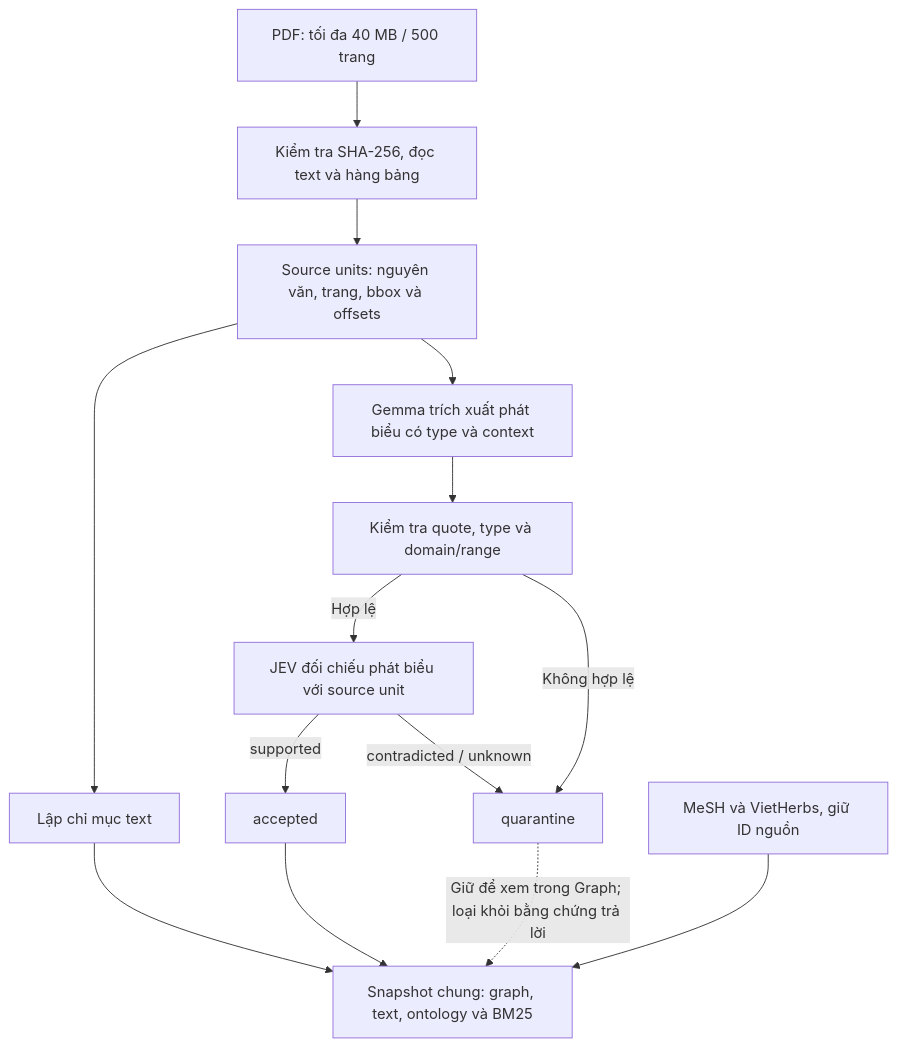
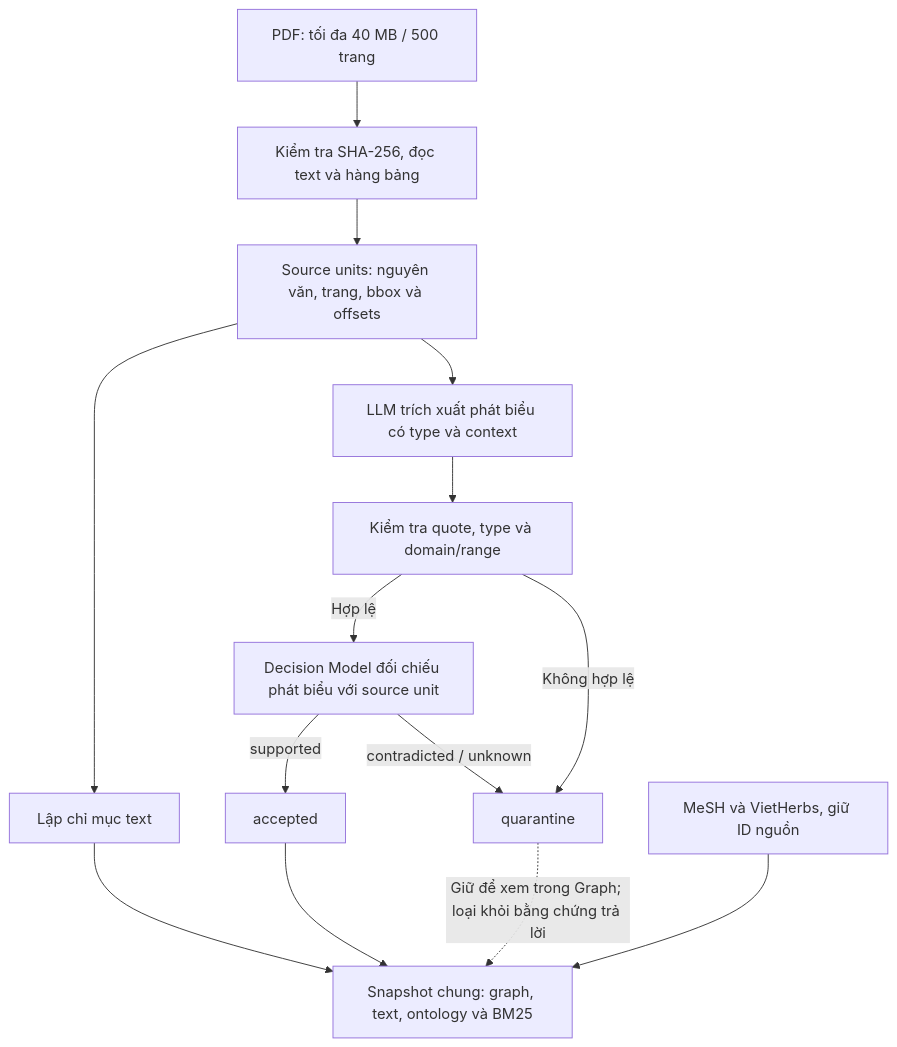
One commit to Bintaplaptrinh/Vietnamese-Traditional-Medicine-Chatbot changed the first of 2 diagrams in README.md. Above: the diagram before and after it, drawn with Mermaid. The commit also changed other lines of this file, not shown here.

````diff
--- a/README.md
+++ b/README.md
@@ -61,16 +61,16 @@
 ```mermaid
 flowchart TD
     PDF["PDF: tối đa 40 MB / 500 trang"] --> PARSE["Kiểm tra SHA-256, đọc text và hàng bảng"]
     PARSE --> UNITS["Source units: nguyên văn, trang, bbox và offsets"]
     UNITS --> TEXT["Lập chỉ mục text"]
-    UNITS --> GEMMA["Gemma trích xuất phát biểu có type và context"]
-    GEMMA --> GATE["Kiểm tra quote, type và domain/range"]
-    GATE -->|Hợp lệ| JEV["JEV đối chiếu phát biểu với source unit"]
+    UNITS --> LLM["LLM trích xuất phát biểu có type và context"]
+    LLM --> GATE["Kiểm tra quote, type và domain/range"]
+    GATE -->|Hợp lệ| DECISION_MODEL["Decision Model đối chiếu phát biểu với source unit"]
     GATE -->|Không hợp lệ| QUARANTINE["quarantine"]
-    JEV -->|supported| ACCEPTED["accepted"]
-    JEV -->|contradicted / unknown| QUARANTINE
+    DECISION_MODEL -->|supported| ACCEPTED["accepted"]
+    DECISION_MODEL -->|contradicted / unknown| QUARANTINE
     TEXT --> SNAPSHOT["Snapshot chung: graph, text, ontology và BM25"]
     ACCEPTED --> SNAPSHOT
     QUARANTINE -. "Giữ để xem trong Graph; loại khỏi bằng chứng trả lời" .-> SNAPSHOT
     ONTOLOGY["MeSH và VietHerbs, giữ ID nguồn"] --> SNAPSHOT
 ```
````
